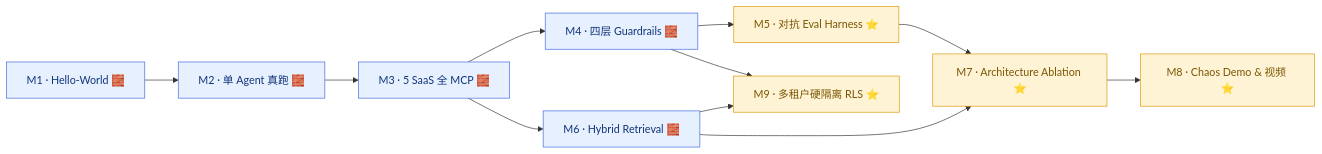
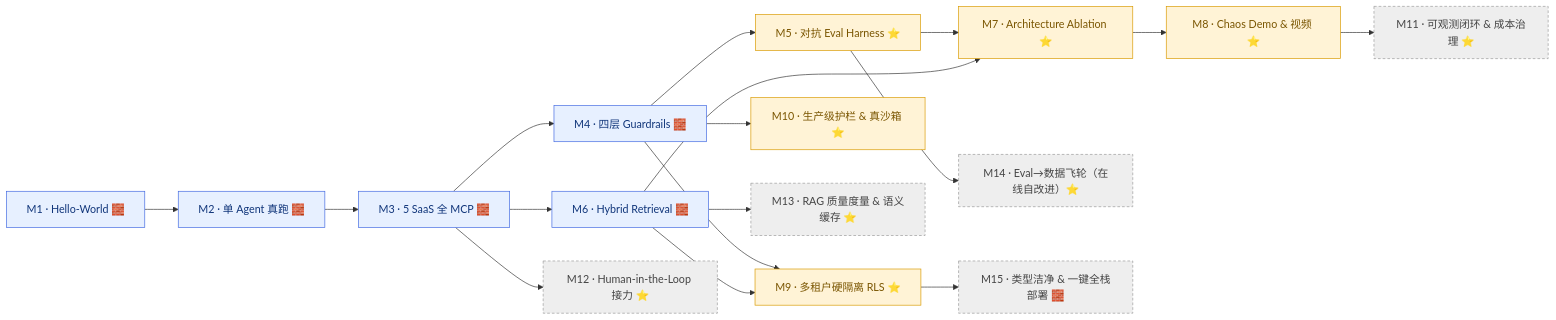
The diagram in docs/roadmap.md (AndyUneducated/resolve-ai), drawn with Mermaid before and after one commit. The commit also changed other lines of this file and 27 other files, not shown here.

````diff
--- a/docs/roadmap.md
+++ b/docs/roadmap.md
@@ -16,17 +22,26 @@
 ```mermaid
 flowchart LR
   M1["M1 · Hello-World 🧱"] --> M2["M2 · 单 Agent 真跑 🧱"]
   M2 --> M3["M3 · 5 SaaS 全 MCP 🧱"]
   M3 --> M4["M4 · 四层 Guardrails 🧱"]
   M4 --> M5["M5 · 对抗 Eval Harness ⭐"]
   M3 --> M6["M6 · Hybrid Retrieval 🧱"]
   M5 --> M7["M7 · Architecture Ablation ⭐"]
   M6 --> M7
   M7 --> M8["M8 · Chaos Demo & 视频 ⭐"]
   M4 --> M9["M9 · 多租户硬隔离 RLS ⭐"]
   M6 --> M9
+  %% ---- Phase 2（规划中）----
+  M4 --> M10["M10 · 生产级护栏 & 真沙箱 ⭐"]
+  M8 --> M11["M11 · 可观测闭环 & 成本治理 ⭐"]
+  M3 --> M12["M12 · Human-in-the-Loop 接力 ⭐"]
+  M6 --> M13["M13 · RAG 质量度量 & 语义缓存 ⭐"]
+  M5 --> M14["M14 · Eval→数据飞轮（在线自改进）⭐"]
+  M9 --> M15["M15 · 类型洁净 & 一键全栈部署 🧱"]
   classDef base fill:#e7f0ff,stroke:#4169E1,color:#10357a;
   classDef star fill:#fff3d6,stroke:#d99a00,color:#7a5500;
+  classDef plan fill:#eee,stroke:#999,color:#444,stroke-dasharray: 4 3;
   class M1,M2,M3,M4,M6 base;
-  class M5,M7,M8,M9 star;
+  class M5,M7,M8,M9,M10 star;
+  class M11,M12,M13,M14,M15 plan;
 ```
````
